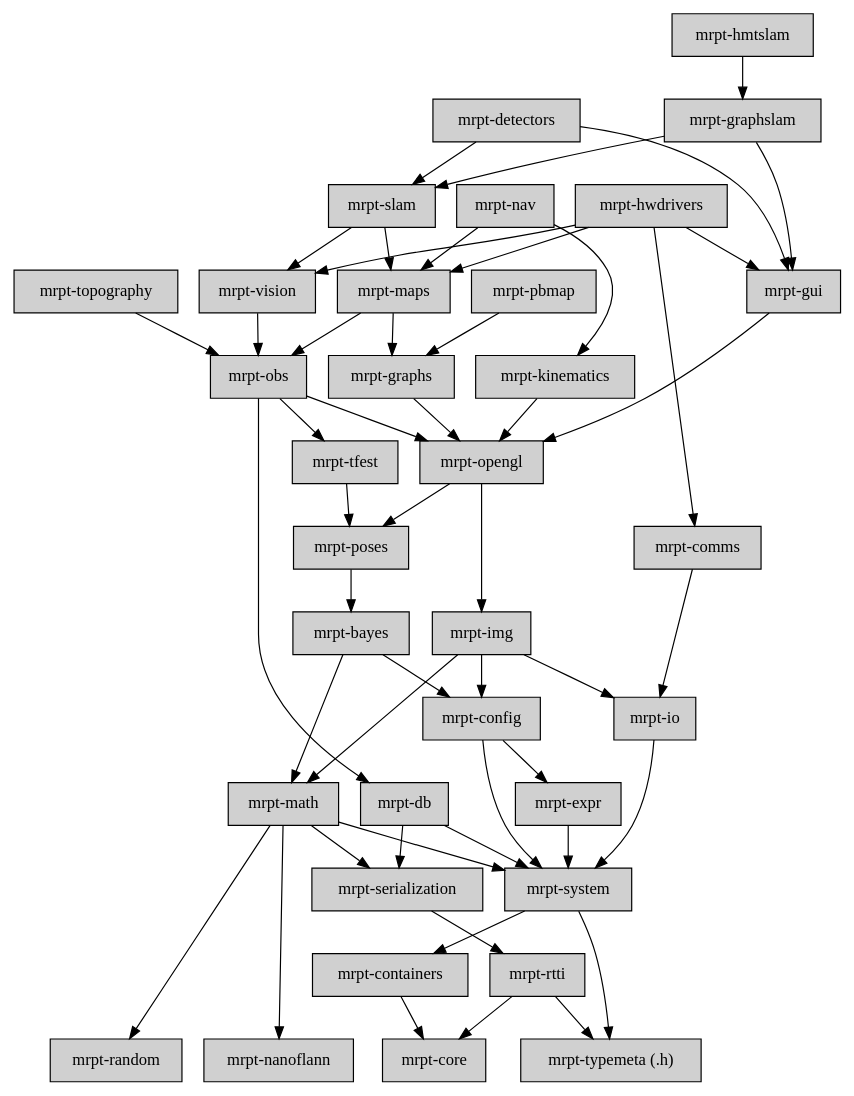
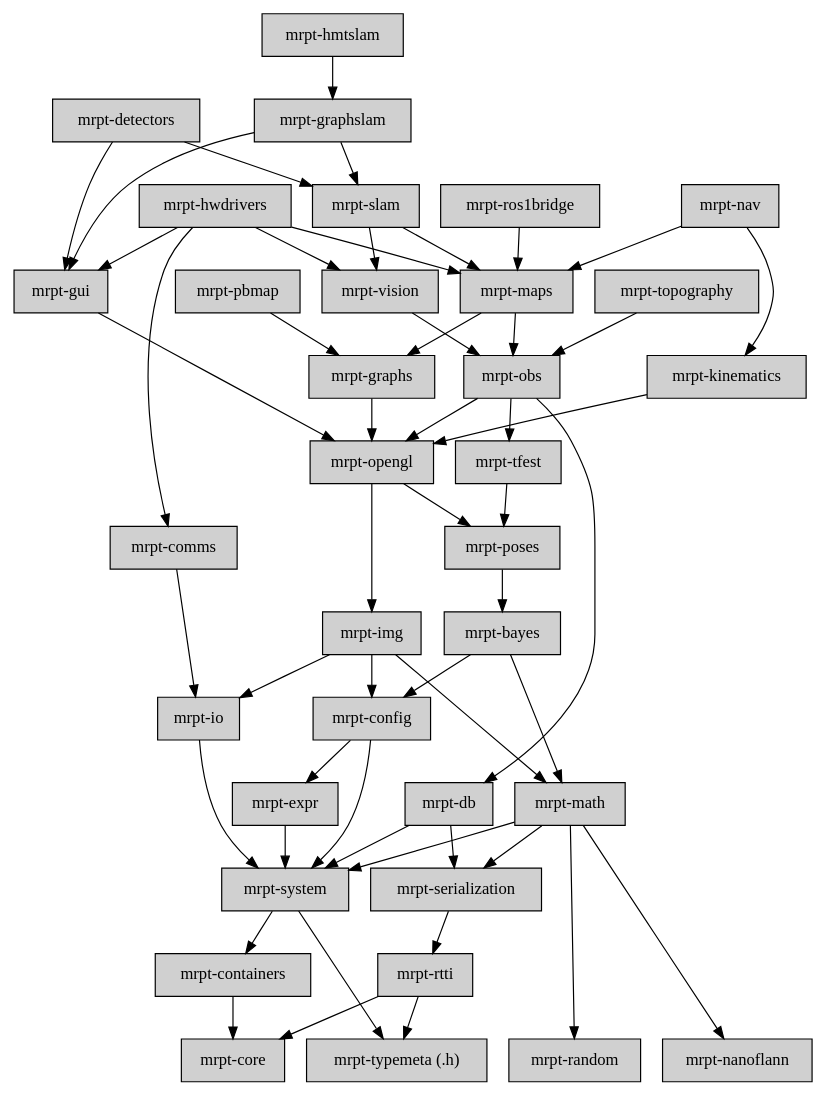
One commit to MRPT/mrpt changed the diagram in doc/design_of_images/graph_mrpt_libs.dot. Above: the diagram before and after it, drawn with Graphviz. The commit also changed 37 other files, not shown here.

Commit message:
add ros1bridge lib from mrpt_bridge ROS pkg

```diff
--- a/doc/design_of_images/graph_mrpt_libs.dot
+++ b/doc/design_of_images/graph_mrpt_libs.dot
@@ -1,128 +1,131 @@
 digraph MRPT_LIBS {
 
 	node [shape=box,style=filled, fillcolor="#D0D0D0"];
 
 	bayes [label="mrpt-bayes",URL="group__mrpt__bayes__grp.html"];
 	bayes -> math;
 	bayes -> config;
 
 	comms [label="mrpt-comms",URL="group__mrpt__comms__grp.html"];
 	comms -> io;
 
 	config   [label="mrpt-config",URL="group__mrpt__config__grp.html"];
 	config -> expr;
 	config -> system;
 
 	containers  [label="mrpt-containers",URL="group__mrpt__containers__grp.html"];
 	containers -> core;
 
 	{ rank = sink; 
 	core       [label="mrpt-core",URL="group__mrpt__core__grp.html"];
 	}
 
 	db         [label="mrpt-db",URL="group__mrpt__db__grp.html"];
 	db  -> serialization;
 	db  -> system;
 
 	detectors  [label="mrpt-detectors",URL="group__mrpt__detectors__grp.html"];
 	detectors -> gui;
 	detectors -> slam;
 
 	expr       [label="mrpt-expr",URL="group__mrpt__expr__grp.html"];
 	expr -> system;
 
 	graphs     [label="mrpt-graphs",URL="group__mrpt__graphs__grp.html"];
 	graphs -> opengl;
 
 	graphslam  [label="mrpt-graphslam",URL="group__mrpt__graphslam__grp.html"];
 	graphslam -> gui;
 	graphslam -> slam;
 
 	gui        [label="mrpt-gui",URL="group__mrpt__gui__grp.html"];
 	gui -> opengl;
 
 	hmtslam    [label="mrpt-hmtslam",URL="group__mrpt__hmtslam__grp.html"];
 	hmtslam -> graphslam;
 
 	hwdrivers  [label="mrpt-hwdrivers",URL="group__mrpt__hwdrivers__grp.html"];
 	hwdrivers -> comms;
 	hwdrivers -> gui;
 	hwdrivers -> maps;
 	hwdrivers -> vision;
 
 	img [label="mrpt-img",URL="group__mrpt__img__grp.html"];
 	img  -> io;
 	img  -> math;
 	img  -> config;
 
 	io [label="mrpt-io",URL="group__mrpt__io__grp.html"];
 	io  -> system;
 
 	kinematics [label="mrpt-kinematics",URL="group__mrpt__kinematics__grp.html"];
 	kinematics -> opengl;
 	
 	maps       [label="mrpt-maps",URL="group__mrpt__maps__grp.html"];
 	maps -> graphs;
 	maps -> obs;
 
 	math       [label="mrpt-math",URL="group__mrpt__math__grp.html"];
 	math -> serialization;
 	math -> random;
 	math -> system;
 	math -> nanoflann;
 
 	{ rank = sink; 
 	nanoflann  [label="mrpt-nanoflann",URL="group__nanoflann__grp.html"];
 	}
 
 	nav        [label="mrpt-nav",URL="group__mrpt__nav__grp.html"];
 	nav -> kinematics;
 	nav -> maps;
 
 	obs        [label="mrpt-obs",URL="group__mrpt__obs__grp.html"];
 	obs -> opengl;
 	obs -> db;
 	obs -> tfest;
 
 	opengl     [label="mrpt-opengl", URL="group__mrpt__opengl__grp.html"];
 	opengl -> poses;
 	opengl -> img;
 
 	pbmap      [label="mrpt-pbmap",URL="group__mrpt__pbmap__grp.html"];
 	pbmap -> graphs;
 
 	poses     [label="mrpt-poses",URL="group__mrpt__poses__grp.html"];
 	poses -> bayes;
 	
 	{ rank = sink; 
 	random     [label="mrpt-random",URL="group__mrpt__random__grp.html"];
 	}
 
 	rtti     [label="mrpt-rtti",URL="group__mrpt__rtti__grp.html"];
 	rtti -> core;
 	rtti -> typemeta;
 
+	ros1bridge   [label="mrpt-ros1bridge", URL="group__mrpt__ros1bridge__grp.html"];
+	ros1bridge -> maps;
+
 	serialization [label="mrpt-serialization",URL="group__mrpt__serialization__grp.html"];
 	serialization -> rtti;
 
 	slam       [label="mrpt-slam",URL="group__mrpt__slam__grp.html"];
 	slam -> maps;
 	slam -> vision;
 
 	system     [label="mrpt-system",URL="group__mrpt__system__grp.html"];
 	system -> typemeta;
 	system -> containers;
 
 	tfest      [label="mrpt-tfest",URL="group__mrpt__tfest__grp.html"];
 	tfest -> poses;
 
 	topography [label="mrpt-topography",URL="group__mrpt__topography__grp.html"];
 	topography -> obs;
 
 	{ rank = sink; 
 	typemeta [label="mrpt-typemeta (.h)",URL="group__mrpt__typemeta__grp.html"];
 	}
 
 	vision     [label="mrpt-vision",URL="group__mrpt__vision__grp.html"];
 	vision -> obs;
 }
```
